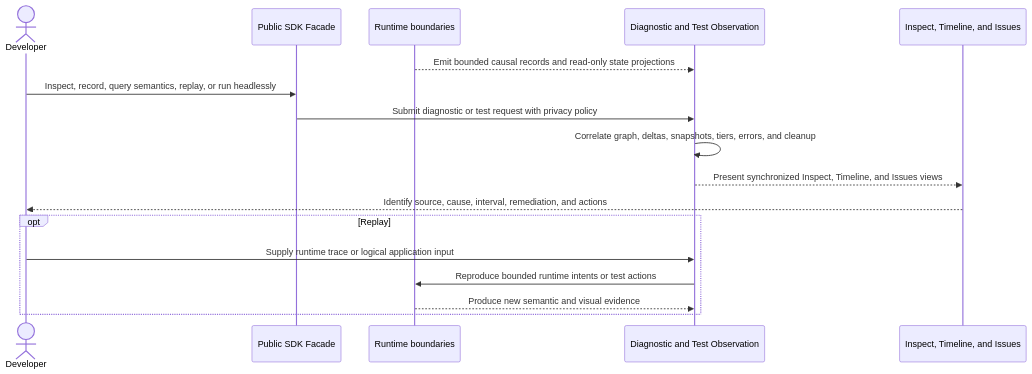
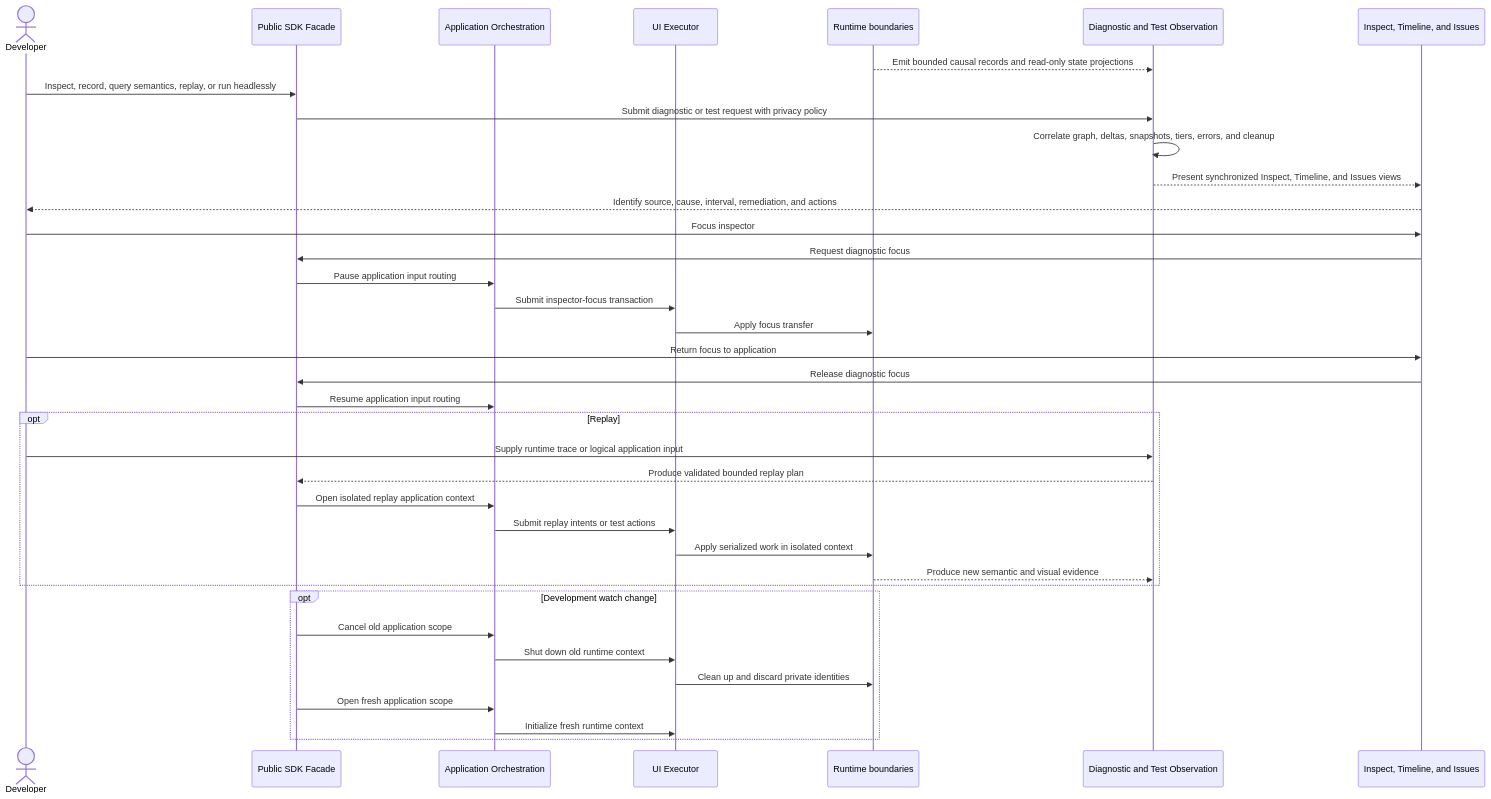
One commit to Tuvren/tuvren-tui changed the diagram in .constitution/architecture/flows/diagnostics-testing.md. Above: the diagram before and after it, drawn with Mermaid. The commit also changed other lines of this file and 4 other files, not shown here.

````diff
--- a/.constitution/architecture/flows/diagnostics-testing.md
+++ b/.constitution/architecture/flows/diagnostics-testing.md
@@ -9,20 +9,40 @@
 ```mermaid
 sequenceDiagram
     actor Dev as Developer
     participant SDK as Public SDK Facade
+    participant Orch as Application Orchestration
+    participant Exec as UI Executor
     participant Runtime as Runtime boundaries
     participant Obs as Diagnostic and Test Observation
     participant Inspector as Inspect, Timeline, and Issues
 
     Runtime-->>Obs: Emit bounded causal records and read-only state projections
     Dev->>SDK: Inspect, record, query semantics, replay, or run headlessly
     SDK->>Obs: Submit diagnostic or test request with privacy policy
     Obs->>Obs: Correlate graph, deltas, snapshots, tiers, errors, and cleanup
     Obs-->>Inspector: Present synchronized Inspect, Timeline, and Issues views
     Inspector-->>Dev: Identify source, cause, interval, remediation, and actions
+    Dev->>Inspector: Focus inspector
+    Inspector->>SDK: Request diagnostic focus
+    SDK->>Orch: Pause application input routing
+    Orch->>Exec: Submit inspector-focus transaction
+    Exec->>Runtime: Apply focus transfer
+    Dev->>Inspector: Return focus to application
+    Inspector->>SDK: Release diagnostic focus
+    SDK->>Orch: Resume application input routing
     opt Replay
         Dev->>Obs: Supply runtime trace or logical application input
-        Obs->>Runtime: Reproduce bounded runtime intents or test actions
+        Obs-->>SDK: Produce validated bounded replay plan
+        SDK->>Orch: Open isolated replay application context
+        Orch->>Exec: Submit replay intents or test actions
+        Exec->>Runtime: Apply serialized work in isolated context
         Runtime-->>Obs: Produce new semantic and visual evidence
     end
+    opt Development watch change
+        SDK->>Orch: Cancel old application scope
+        Orch->>Exec: Shut down old runtime context
+        Exec->>Runtime: Clean up and discard private identities
+        SDK->>Orch: Open fresh application scope
+        Orch->>Exec: Initialize fresh runtime context
+    end
 ```
````
